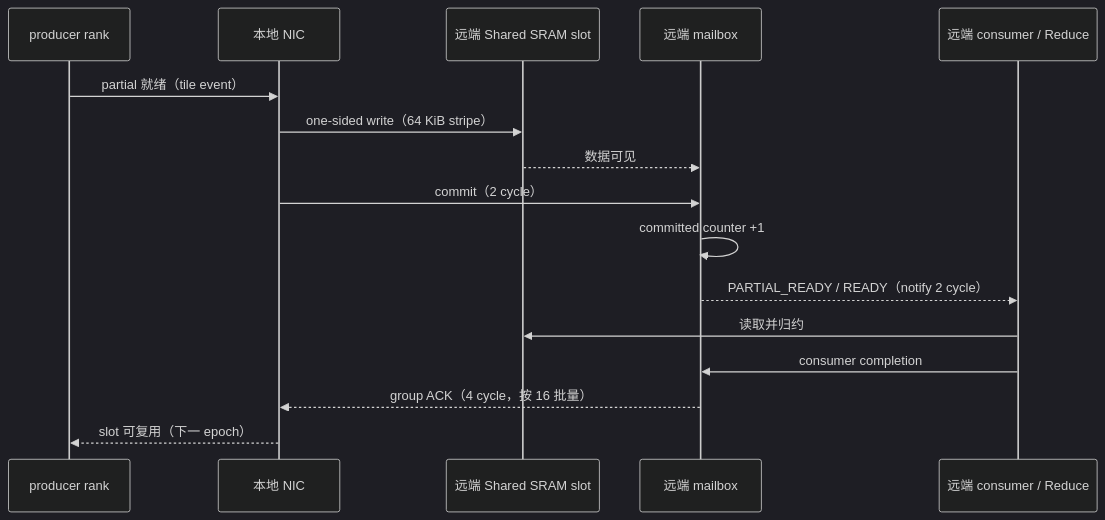
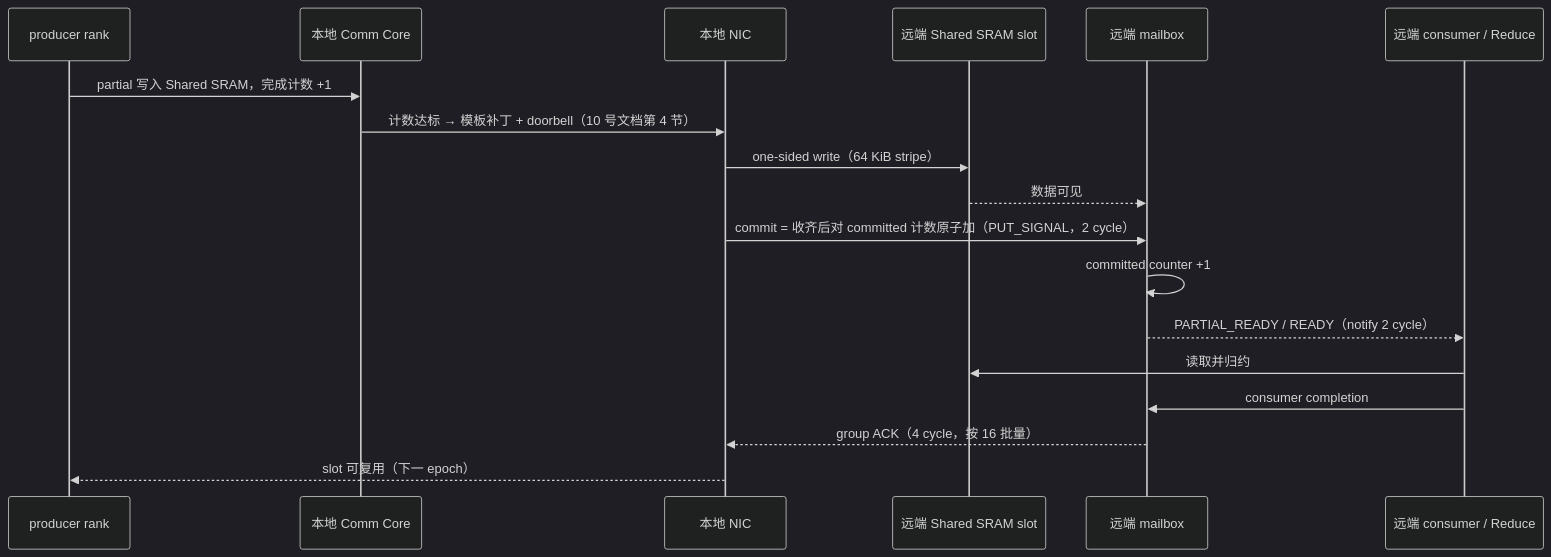
Before and after one commit to xqdan/xihu: the first of 4 diagrams in teams/hardware/docs/07_COLLECTIVE_RDMA.md, drawn with Mermaid (dark theme). The commit also changed other lines of this file and 25 other files, not shown here.

First line of the commit message:
Add Comm Core (HW-07): hardware-triggered collective control path with memory semantics

````diff
--- a/teams/hardware/docs/07_COLLECTIVE_RDMA.md
+++ b/teams/hardware/docs/07_COLLECTIVE_RDMA.md
@@ -13,18 +14,20 @@
 ```mermaid
 sequenceDiagram
   participant P as producer rank
+  participant CC as 本地 Comm Core
   participant N as 本地 NIC
   participant S as 远端 Shared SRAM slot
   participant M as 远端 mailbox
   participant C as 远端 consumer / Reduce
-  P->>N: partial 就绪（tile event）
+  P->>CC: partial 写入 Shared SRAM，完成计数 +1
+  CC->>N: 计数达标 → 模板补丁 + doorbell（10 号文档第 4 节）
   N->>S: one-sided write（64 KiB stripe）
   S-->>M: 数据可见
-  N->>M: commit（2 cycle）
+  N->>M: commit = 收齐后对 committed 计数原子加（PUT_SIGNAL，2 cycle）
   M->>M: committed counter +1
   M-->>C: PARTIAL_READY / READY（notify 2 cycle）
   C->>S: 读取并归约
   C->>M: consumer completion
   M-->>N: group ACK（4 cycle，按 16 批量）
   N-->>P: slot 可复用（下一 epoch）
 ```
````
